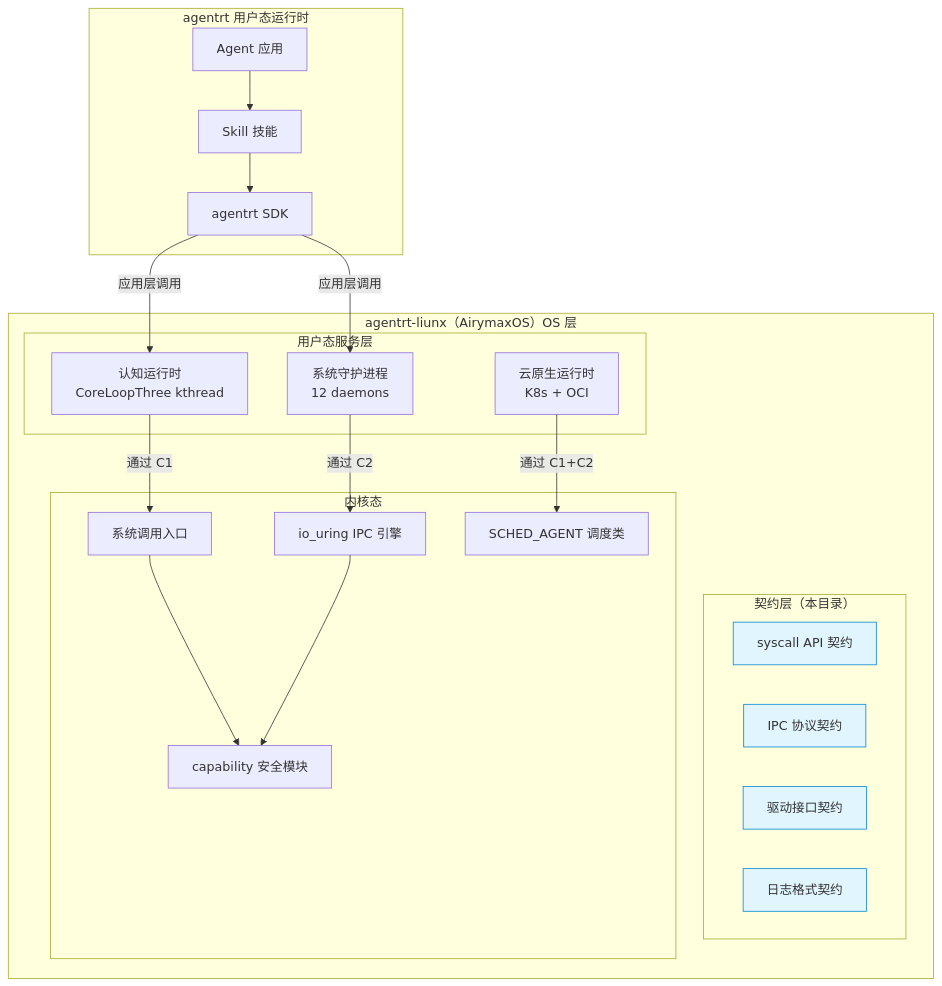
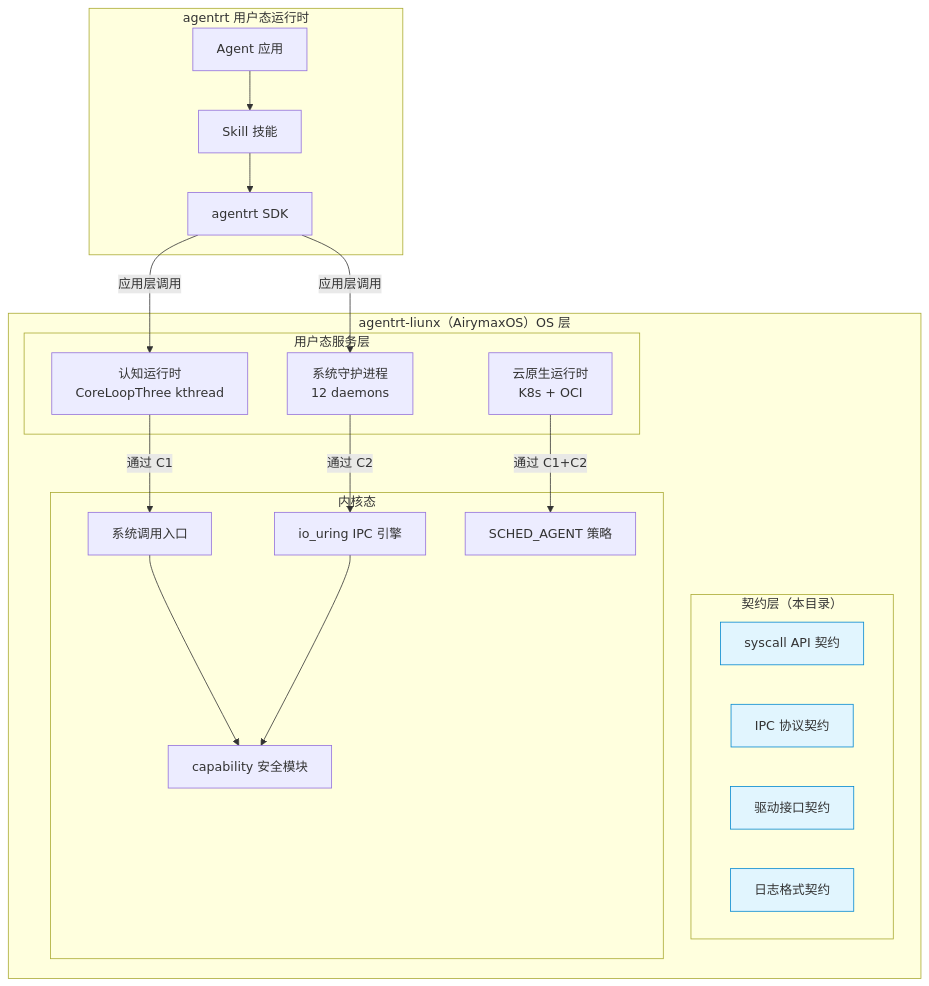
One commit to openairymax/docs-linux changed the first of 2 diagrams in 50-engineering-standards/20-contracts/README.md. Above: the diagram before and after it, drawn with Mermaid. The commit also changed 37 other files, not shown here.

````diff
--- a/50-engineering-standards/20-contracts/README.md
+++ b/50-engineering-standards/20-contracts/README.md
@@ -35,42 +35,42 @@
 ```mermaid
 graph TB
     subgraph "agentrt 用户态运行时"
         A1[Agent 应用]
         A2[Skill 技能]
         A3[agentrt SDK]
     end
 
     subgraph "agentrt-liunx（AirymaxOS）OS 层"
         subgraph "用户态服务层"
             B1[认知运行时<br/>CoreLoopThree kthread]
             B2[系统守护进程<br/>12 daemons]
             B3[云原生运行时<br/>K8s + OCI]
         end
         subgraph "契约层（本目录）"
             C1[syscall API 契约]
             C2[IPC 协议契约]
             C3[驱动接口契约]
             C4[日志格式契约]
         end
         subgraph "内核态"
             D1[系统调用入口]
             D2[io_uring IPC 引擎]
-            D3[SCHED_AGENT 调度类]
+            D3[SCHED_AGENT 策略]
             D4[capability 安全模块]
         end
     end
 
     A1 --> A2 --> A3
     A3 -->|"应用层调用"| B1
     A3 -->|"应用层调用"| B2
     B1 -->|"通过 C1"| D1
     B2 -->|"通过 C2"| D2
     B3 -->|"通过 C1+C2"| D3
     D1 --> D4
     D2 --> D4
 
     style C1 fill:#e1f5fe,stroke:#0288d1
     style C2 fill:#e1f5fe,stroke:#0288d1
     style C3 fill:#e1f5fe,stroke:#0288d1
     style C4 fill:#e1f5fe,stroke:#0288d1
 ```
````
